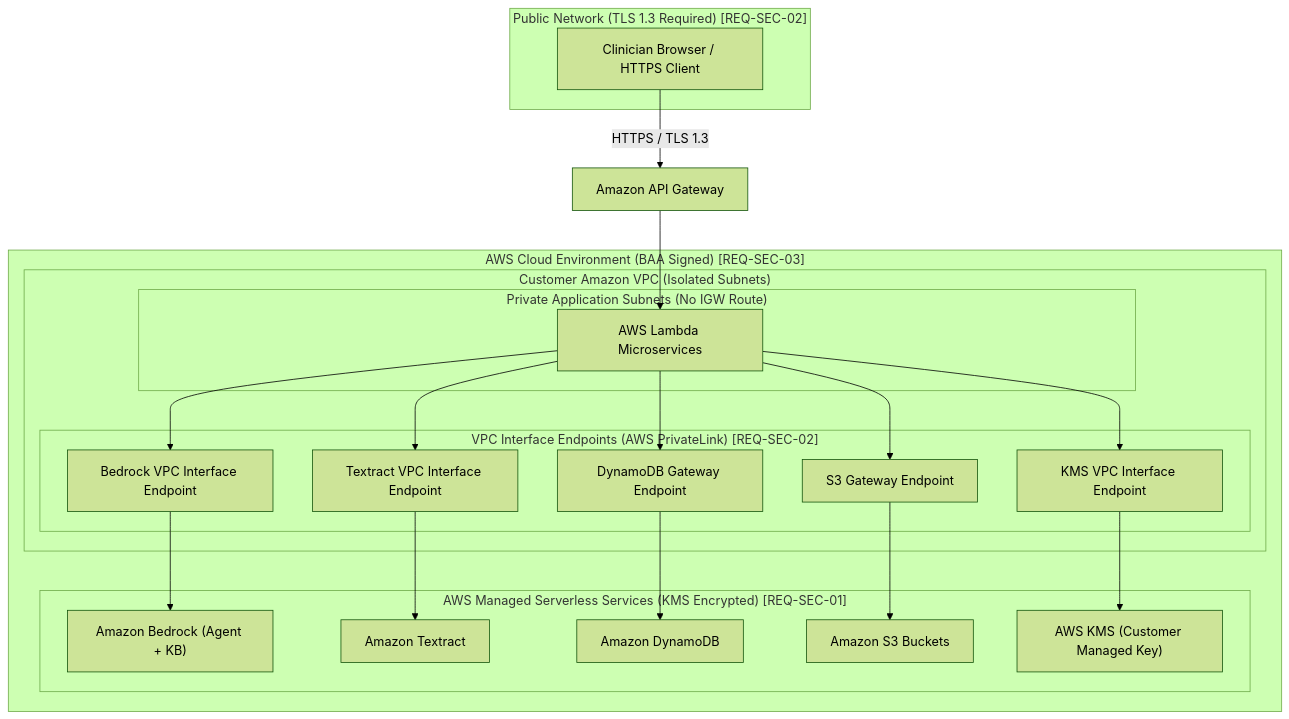
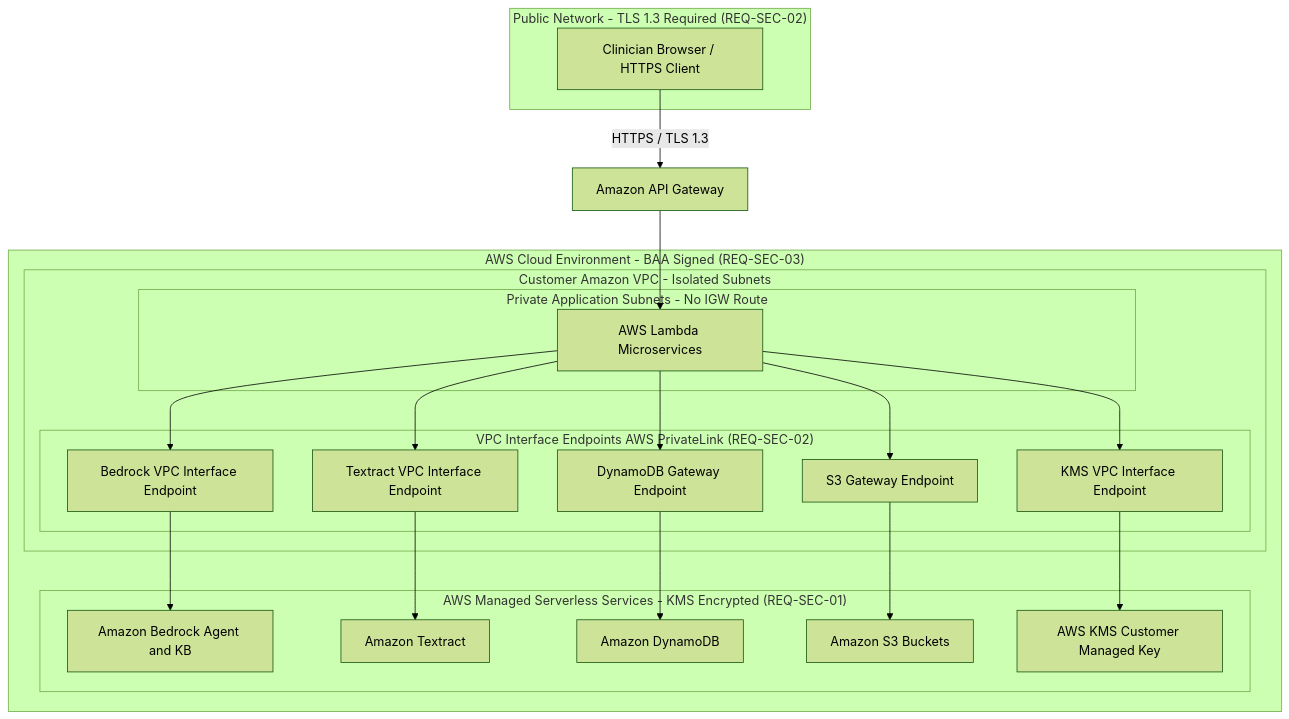
Before and after one commit to skarj/aws-solution-medical-agent: the fifth of 5 diagrams in Architecture.md, drawn with Mermaid (forest theme). The commit also changed other lines of this file and 7 other files, not shown here.

````diff
--- a/Architecture.md
+++ b/Architecture.md
@@ -209,38 +174,38 @@
 ```mermaid
 graph TD
-    subgraph Internet ["Public Network (TLS 1.3 Required) [REQ-SEC-02]"]
+    subgraph Internet ["Public Network - TLS 1.3 Required (REQ-SEC-02)"]
         CLIENT["Clinician Browser / HTTPS Client"]
     end
 
-    subgraph AWS_Cloud ["AWS Cloud Environment (BAA Signed) [REQ-SEC-03]"]
-        subgraph VPC ["Customer Amazon VPC (Isolated Subnets)"]
-            subgraph Private_App_Subnets ["Private Application Subnets (No IGW Route)"]
+    subgraph AWS_Cloud ["AWS Cloud Environment - BAA Signed (REQ-SEC-03)"]
+        subgraph VPC ["Customer Amazon VPC - Isolated Subnets"]
+            subgraph Private_App_Subnets ["Private Application Subnets - No IGW Route"]
                 LAMBDA_SVCS["AWS Lambda Microservices"]
             end
 
-            subgraph VPC_Endpoints ["VPC Interface Endpoints (AWS PrivateLink) [REQ-SEC-02]"]
+            subgraph VPC_Endpoints ["VPC Interface Endpoints AWS PrivateLink (REQ-SEC-02)"]
                 VPCE_S3["S3 Gateway Endpoint"]
                 VPCE_DDB["DynamoDB Gateway Endpoint"]
                 VPCE_BEDROCK["Bedrock VPC Interface Endpoint"]
                 VPCE_TEXTRACT["Textract VPC Interface Endpoint"]
                 VPCE_KMS["KMS VPC Interface Endpoint"]
             end
         end
 
-        subgraph AWS_Managed_PaaS ["AWS Managed Serverless Services (KMS Encrypted) [REQ-SEC-01]"]
-            BEDROCK_SVC["Amazon Bedrock (Agent + KB)"]
+        subgraph AWS_Managed_PaaS ["AWS Managed Serverless Services - KMS Encrypted (REQ-SEC-01)"]
+            BEDROCK_SVC["Amazon Bedrock Agent and KB"]
             TEXTRACT_SVC["Amazon Textract"]
             DDB_SVC["Amazon DynamoDB"]
             S3_SVC["Amazon S3 Buckets"]
-            KMS_SVC["AWS KMS (Customer Managed Key)"]
+            KMS_SVC["AWS KMS Customer Managed Key"]
         end
     end
 
     CLIENT -->|"HTTPS / TLS 1.3"| APIGW_EDGE["Amazon API Gateway"]
     APIGW_EDGE --> LAMBDA_SVCS
     LAMBDA_SVCS --> VPCE_S3 --> S3_SVC
     LAMBDA_SVCS --> VPCE_DDB --> DDB_SVC
     LAMBDA_SVCS --> VPCE_BEDROCK --> BEDROCK_SVC
     LAMBDA_SVCS --> VPCE_TEXTRACT --> TEXTRACT_SVC
     LAMBDA_SVCS --> VPCE_KMS --> KMS_SVC
 ```
````
